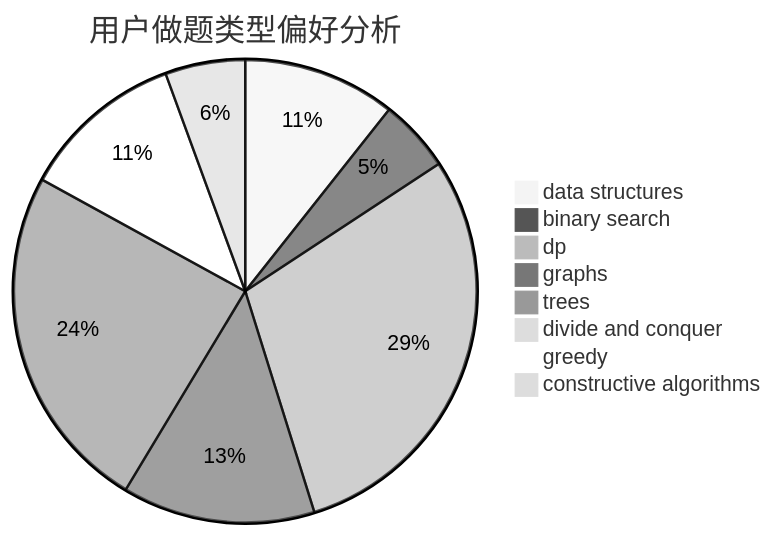
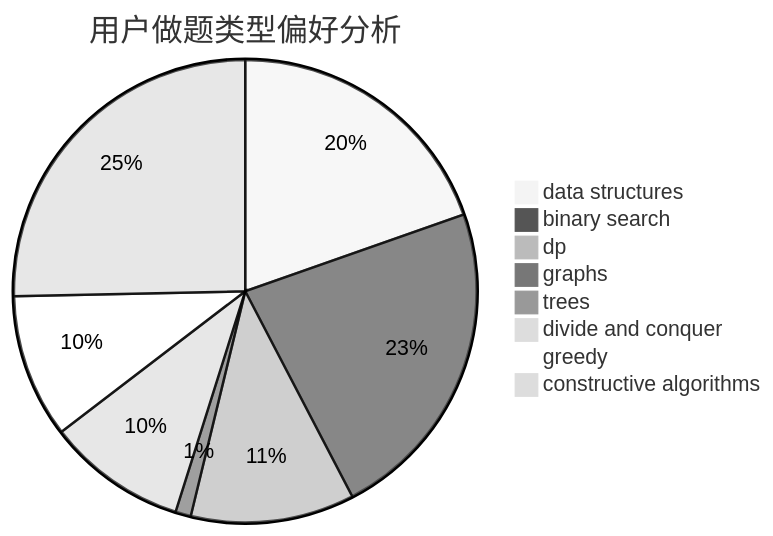
Before and after one commit to sherpahu/cfrs.github.io: the second of 3 diagrams in docs/user/u1020.md, drawn with Mermaid (neutral theme). The commit also changed other lines of this file and 2770 other files, not shown here.

````diff
--- a/docs/user/u1020.md
+++ b/docs/user/u1020.md
@@ -23,11 +23,11 @@
 ```mermaid
 pie title 用户做题类型偏好分析
-    "data structures" :  42
-    "binary search" :  20
-    "dp" :  116
-    "graphs" :  53
-    "trees" :  96
-    "divide and conquer" :  0
-    "greedy" :  45
-    "constructive algorithms" :  22
+    "data structures" :  127
+    "binary search" :  147
+    "dp" :  74
+    "graphs" :  7
+    "trees" :  4
+    "divide and conquer" :  63
+    "greedy" :  65
+    "constructive algorithms" :  164
 ```
````
